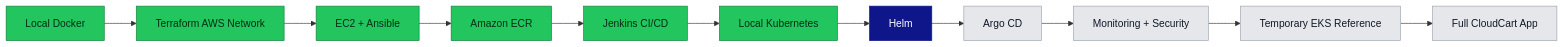
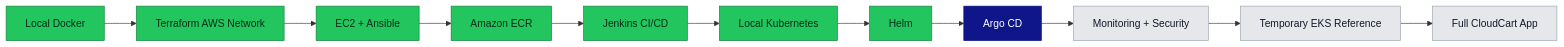
One commit to anshu-sharma-devops/cloudcart-production-devops-platform changed the first of 11 diagrams in README.md. Above: the diagram before and after it, drawn with Mermaid. The commit also changed other lines of this file and 1 other file, not shown here.

Commit message:
docs: document Helm deployment upgrade and rollback

````diff
--- a/README.md
+++ b/README.md
@@ -117,17 +117,17 @@
 ```mermaid
 flowchart LR
     A["Local Docker"]:::done --> B["Terraform AWS Network"]:::done
     B --> C["EC2 + Ansible"]:::done
     C --> D["Amazon ECR"]:::done
     D --> E["Jenkins CI/CD"]:::done
     E --> F["Local Kubernetes"]:::done
-    F --> G["Helm"]:::next
-    G --> H["Argo CD"]:::planned
+    F --> G["Helm"]:::done
+    G --> H["Argo CD"]:::next
     H --> I["Monitoring + Security"]:::planned
     I --> J["Temporary EKS Reference"]:::planned
     J --> K["Full CloudCart App"]:::planned
 
     classDef done fill:#22C55E,stroke:#15803D,color:#052e16
     classDef next fill:#0F1689,stroke:#0F1689,color:#ffffff
     classDef planned fill:#E5E7EB,stroke:#9CA3AF,color:#111827
 ```
````
